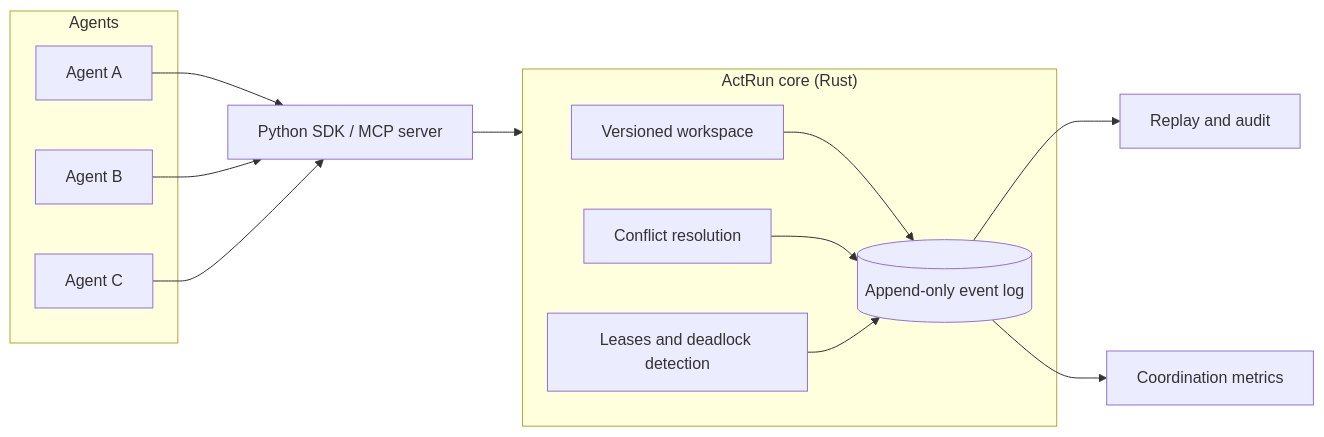
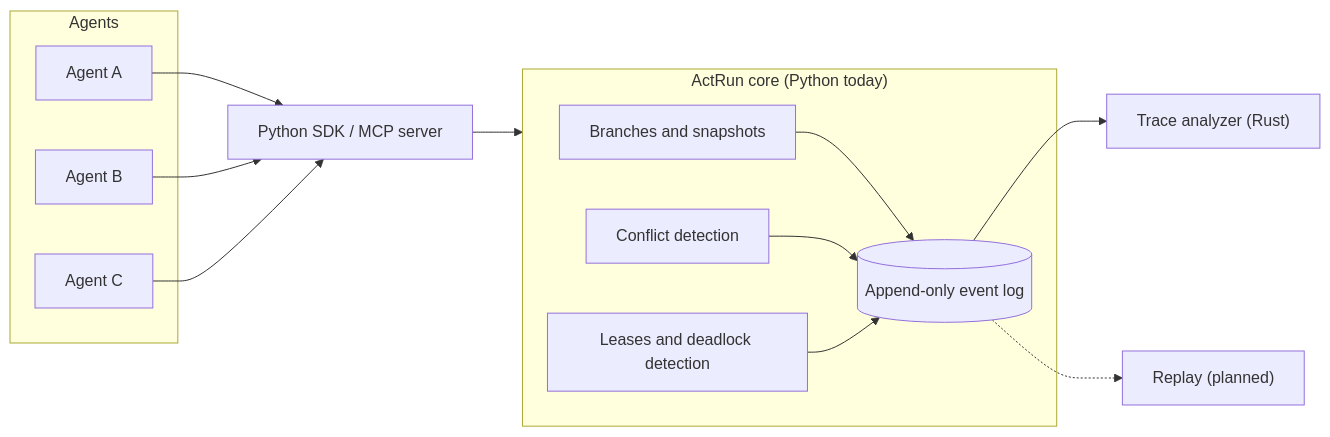
The diagram in README.md (chrismsmr-celcom/ActRun), drawn with Mermaid before and after one commit. The commit also changed other lines of this file, not shown here.

````diff
--- a/README.md
+++ b/README.md
@@ -64,23 +128,23 @@
 ```mermaid
 flowchart LR
     subgraph Agents
         A1["Agent A"]
         A2["Agent B"]
         A3["Agent C"]
     end
     A1 --> API
     A2 --> API
     A3 --> API
     API["Python SDK / MCP server"] --> CORE
-    subgraph CORE["ActRun core (Rust)"]
-        WS["Versioned workspace"]
-        CR["Conflict resolution"]
+    subgraph CORE["ActRun core (Python today)"]
+        WS["Branches and snapshots"]
+        CR["Conflict detection"]
         LE["Leases and deadlock detection"]
         LOG[("Append-only event log")]
     end
     WS --> LOG
     CR --> LOG
     LE --> LOG
-    LOG --> REPLAY["Replay and audit"]
-    LOG --> METRICS["Coordination metrics"]
+    LOG --> METRICS["Trace analyzer (Rust)"]
+    LOG -.-> REPLAY["Replay (planned)"]
 ```
````
